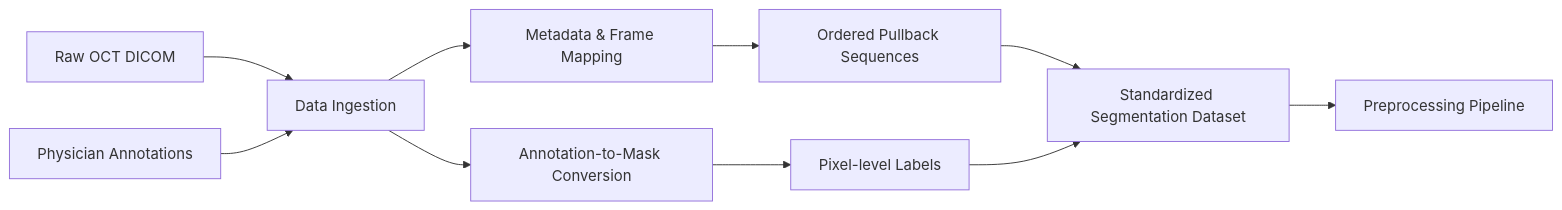
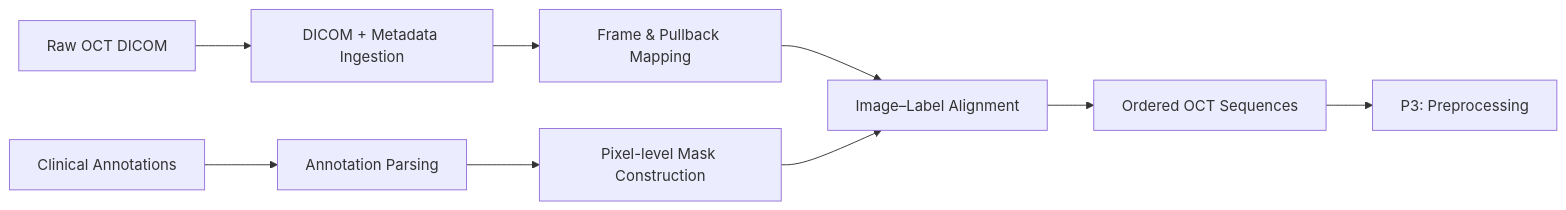
One commit to ChengYuChing/3D-DLimage-segmentation changed the second of 5 diagrams in README.md. Above: the diagram before and after it, drawn with Mermaid. The commit also changed other lines of this file, not shown here.

Commit message:
Refine P2-P3 README flow and terminology

````diff
--- a/README.md
+++ b/README.md
@@ -93,16 +93,14 @@
 ```mermaid
 flowchart LR
-    A["Raw OCT DICOM"] --> C["Data Ingestion"]
-    B["Physician Annotations"] --> C
+    A["Raw OCT DICOM"] --> C["DICOM + Metadata Ingestion"]
+    B["Clinical Annotations"] --> D["Annotation Parsing"]
 
-    C --> D["Metadata & Frame Mapping"]
-    C --> E["Annotation-to-Mask Conversion"]
+    C --> E["Frame & Pullback Mapping"]
+    D --> F["Pixel-level Mask Construction"]
 
-    D --> F["Ordered Pullback Sequences"]
-    E --> G["Pixel-level Labels"]
+    E --> G["Image–Label Alignment"]
+    F --> G
 
-    F --> H["Standardized Segmentation Dataset"]
-    G --> H
-
-    H --> I["Preprocessing Pipeline"]
+    G --> H["Ordered OCT Sequences"]
+    H --> I["P3: Preprocessing"]
 ```
````
